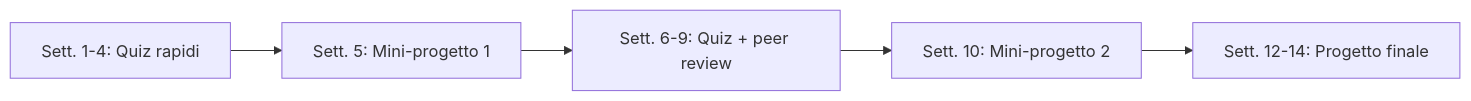
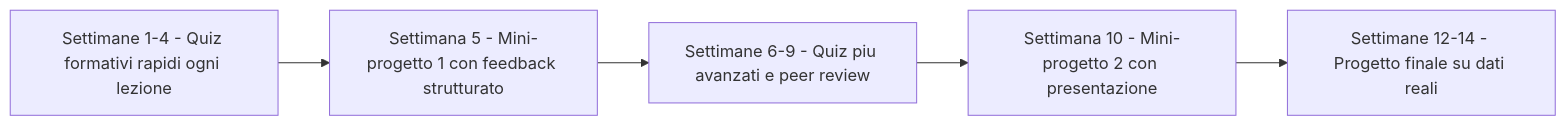
Before and after one commit to AndreyBertasini/gynnitech: the diagram in src/content/blog/innovazione-ateneo.mdx, drawn with Mermaid. The commit also changed other lines of this file and 27 other files, not shown here.

First line of the commit message:
content: riscrivi tutti i 28 articoli del blog con esempi reali e profondita'

````diff
--- a/src/content/blog/innovazione-ateneo.mdx
+++ b/src/content/blog/innovazione-ateneo.mdx
@@ -60,7 +105,7 @@
 ```mermaid
 graph LR
-    A["Sett. 1-4: Quiz rapidi"] --> B["Sett. 5: Mini-progetto 1"]
-    B --> C["Sett. 6-9: Quiz + peer review"]
-    C --> D["Sett. 10: Mini-progetto 2"]
-    D --> E["Sett. 12-14: Progetto finale"]
+    A["Settimane 1-4 - Quiz formativi rapidi ogni lezione"] --> B["Settimana 5 - Mini-progetto 1 con feedback strutturato"]
+    B --> C["Settimane 6-9 - Quiz piu avanzati e peer review"]
+    C --> D["Settimana 10 - Mini-progetto 2 con presentazione"]
+    D --> E["Settimane 12-14 - Progetto finale su dati reali"]
 ```
````
